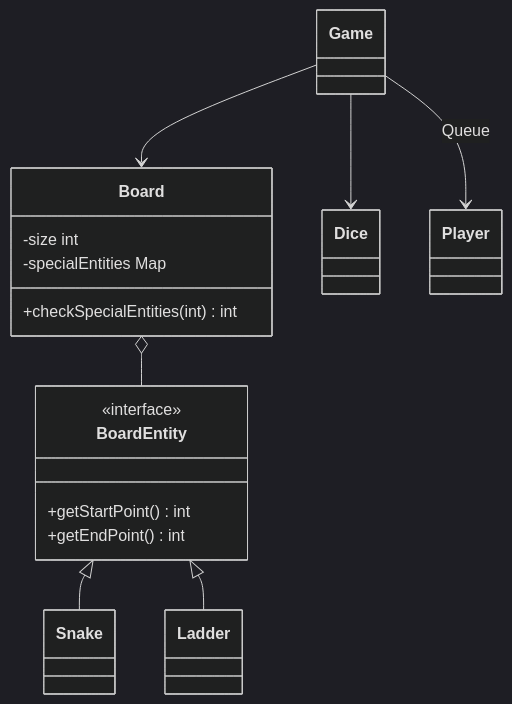
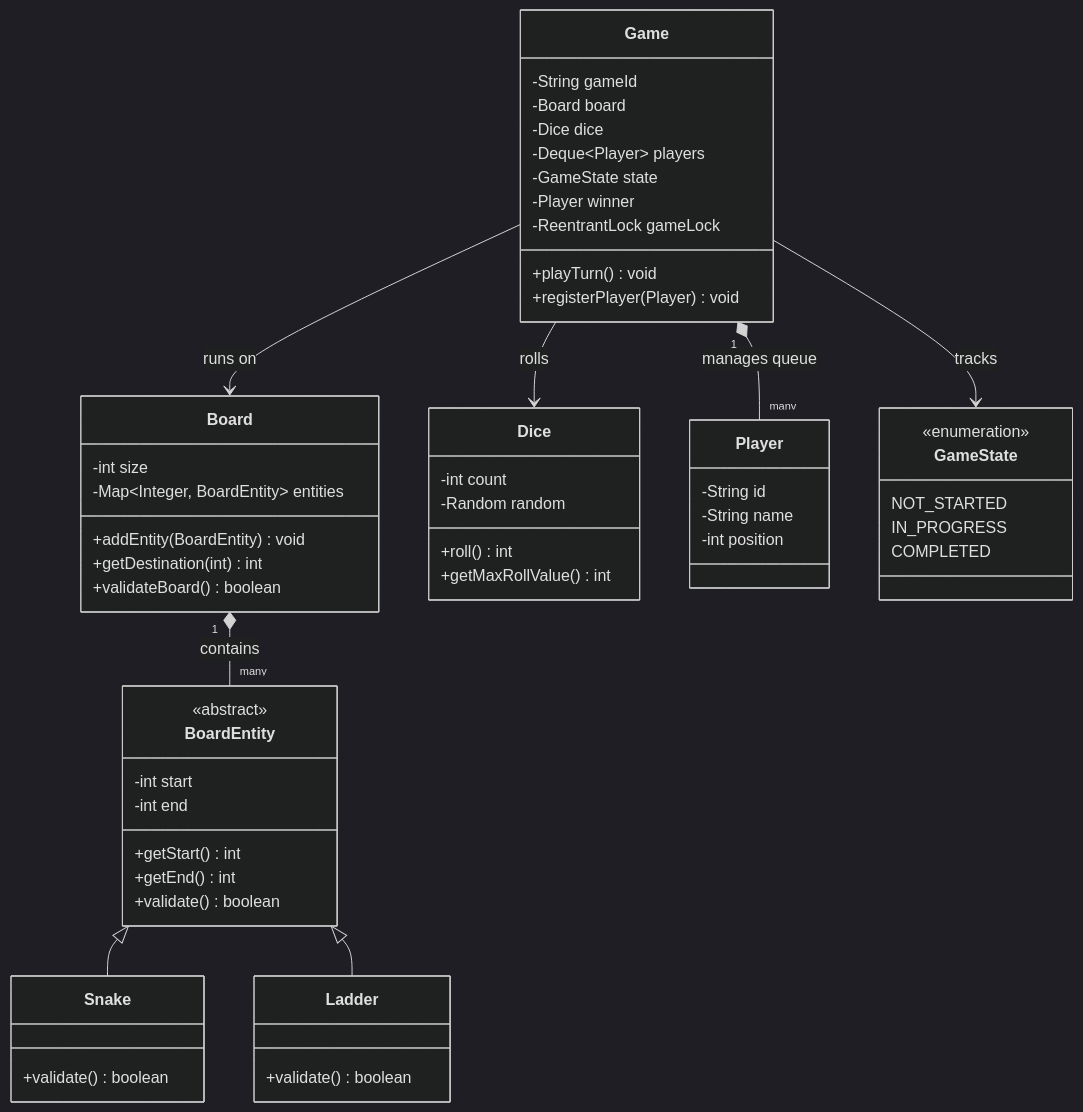
Before and after one commit to gp330841/interview: the first of 2 diagrams in low-level-design/concepts/18-snake-ladder-design.md, drawn with Mermaid (dark theme). The commit also changed other lines of this file and 66 other files, not shown here.

````diff
--- a/low-level-design/concepts/18-snake-ladder-design.md
+++ b/low-level-design/concepts/18-snake-ladder-design.md
@@ -18,19 +26,67 @@
 ```mermaid
 classDiagram
-    Game --> Board
-    Game --> Dice
-    Game --> Player : Queue
-    Board o-- BoardEntity
+    class Game {
+        -String gameId
+        -Board board
+        -Dice dice
+        -Deque~Player~ players
+        -GameState state
+        -Player winner
+        -ReentrantLock gameLock
+        +playTurn() void
+        +registerPlayer(Player) void
+    }
+
+    class Board {
+        -int size
+        -Map~Integer, BoardEntity~ entities
+        +addEntity(BoardEntity) void
+        +getDestination(int) int
+        +validateBoard() boolean
+    }
+
+    class BoardEntity {
+        <<abstract>>
+        -int start
+        -int end
+        +getStart() int
+        +getEnd() int
+        +validate() boolean
+    }
+
+    class Snake {
+        +validate() boolean
+    }
+
+    class Ladder {
+        +validate() boolean
+    }
+
+    class Dice {
+        -int count
+        -Random random
+        +roll() int
+        +getMaxRollValue() int
+    }
+
+    class Player {
+        -String id
+        -String name
+        -int position
+    }
+
+    class GameState {
+        <<enumeration>>
+        NOT_STARTED
+        IN_PROGRESS
+        COMPLETED
+    }
+
+    Game --> Board : runs on
+    Game --> Dice : rolls
+    Game "1" *-- "many" Player : manages queue
+    Board "1" *-- "many" BoardEntity : contains
     BoardEntity <|-- Snake
     BoardEntity <|-- Ladder
-    class Board {
-        -size int
-        -specialEntities Map
-        +checkSpecialEntities(int) int
-    }
-    class BoardEntity {
-        <<interface>>
-        +getStartPoint() int
-        +getEndPoint() int
-    }
+    Game --> GameState : tracks
 ```
````
